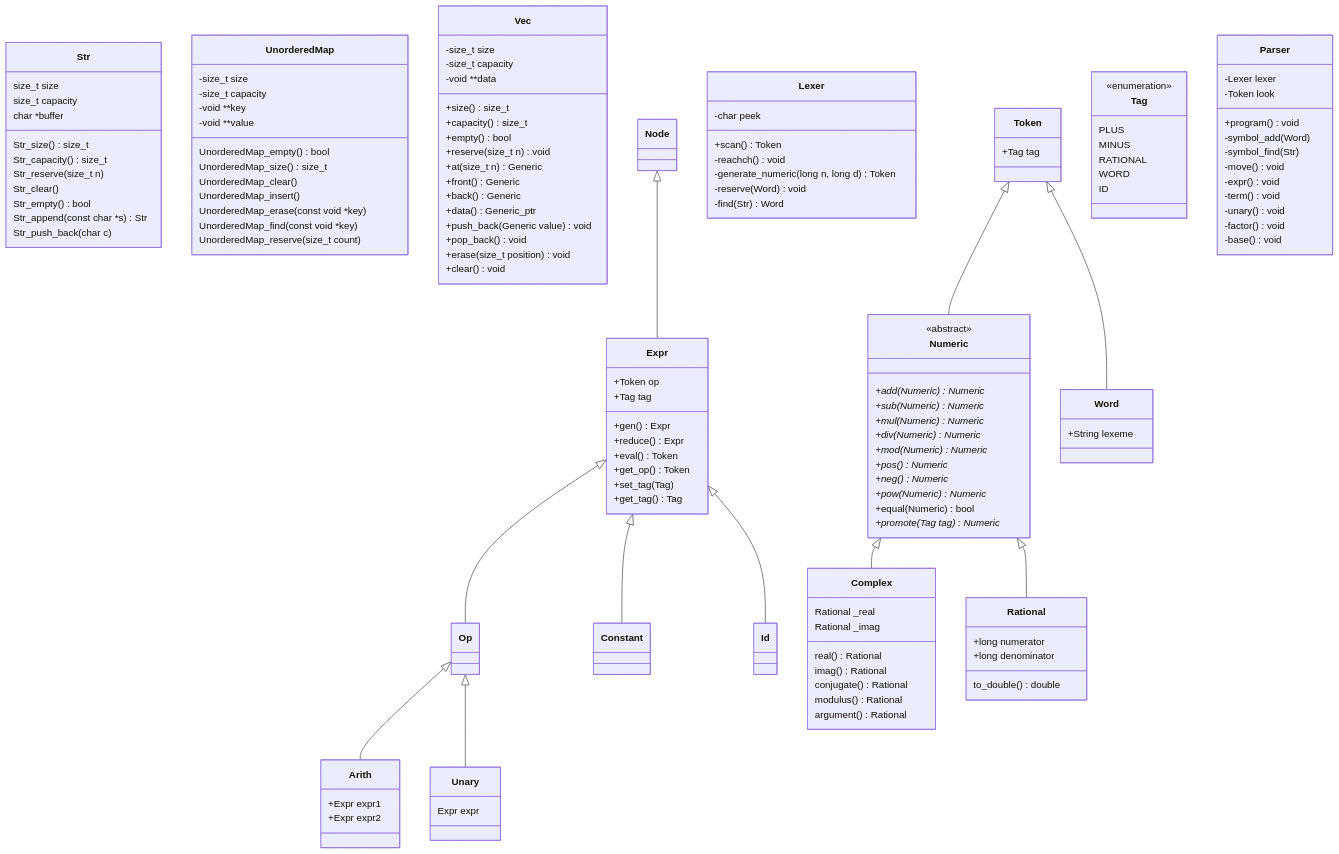
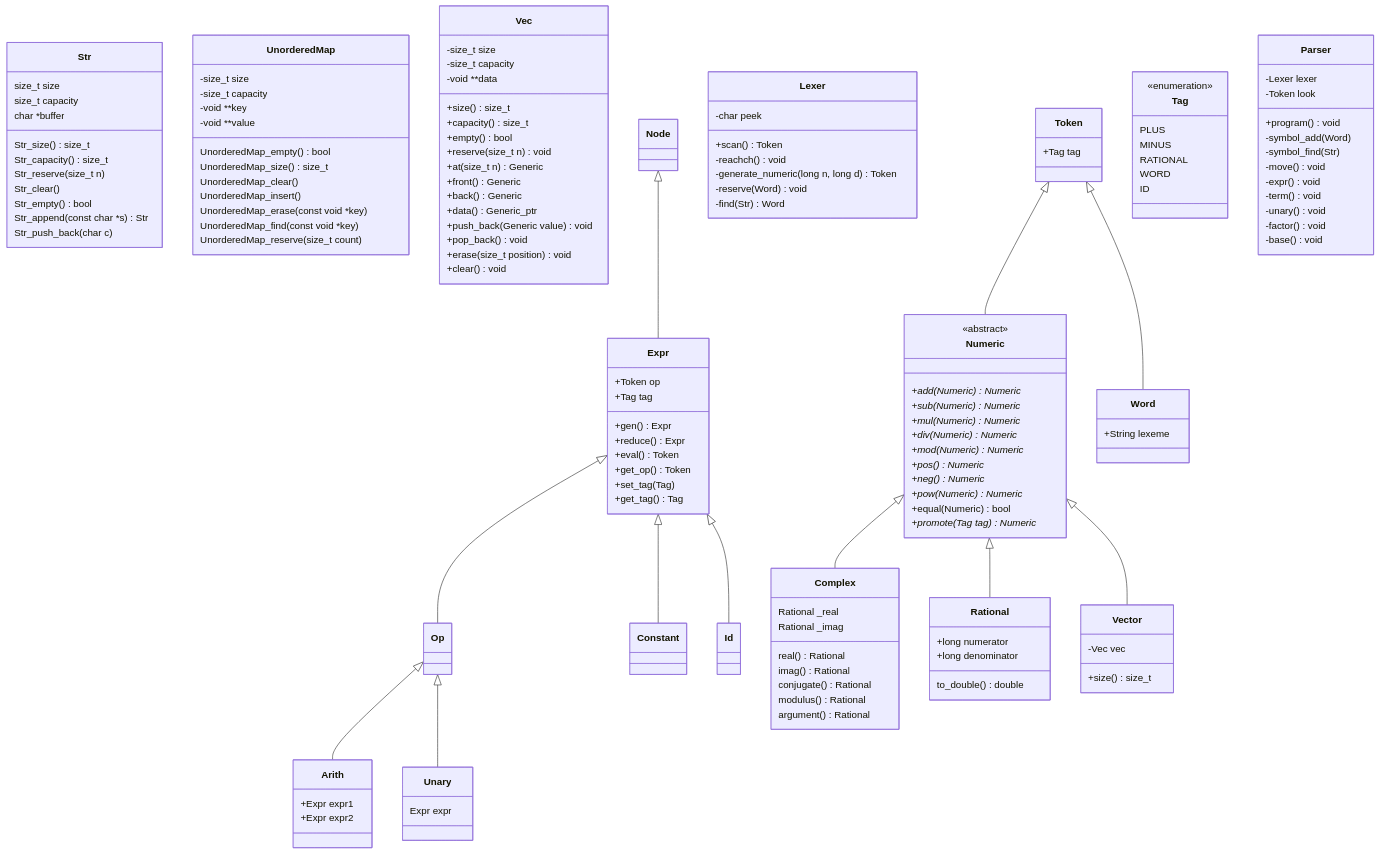
The diagram in diagram.md (nwhean/42_computorv), drawn with Mermaid before and after one commit. The commit also changed 9 other files, not shown here.

Commit message:
Updated implementation of Vector class to use Vec container c

```diff
--- a/diagram.md
+++ b/diagram.md
@@ -148,6 +148,13 @@
 		+String lexeme
 	}
 
+	Numeric <|-- Vector
+
+	class Vector {
+		-Vec vec
+		+size() size_t
+	}
+
 
 	%% parser
 
```
